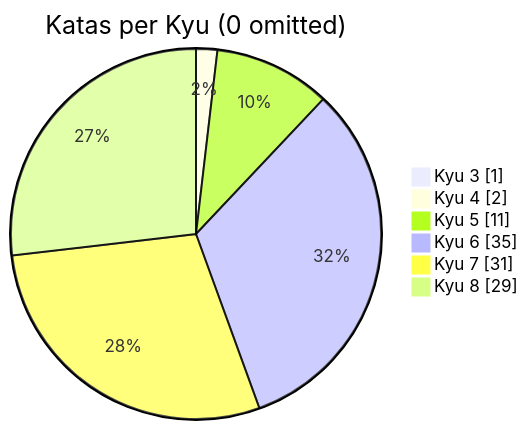
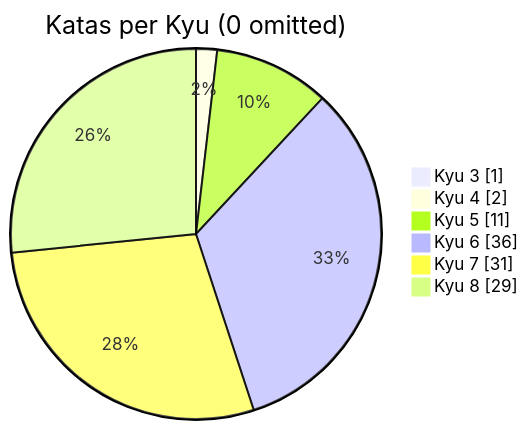
The diagram in README.md (MauricioLudwig/codewars-typescript), drawn with Mermaid before and after one commit. The commit also changed other lines of this file, not shown here.

````diff
--- a/README.md
+++ b/README.md
@@ -21,10 +21,10 @@
 ```mermaid
 pie showData
     title Katas per Kyu (0 omitted)
 	"Kyu 3": 1
 	"Kyu 4": 2
 	"Kyu 5": 11
-	"Kyu 6": 35
+	"Kyu 6": 36
 	"Kyu 7": 31
 	"Kyu 8": 29
 ```
````
